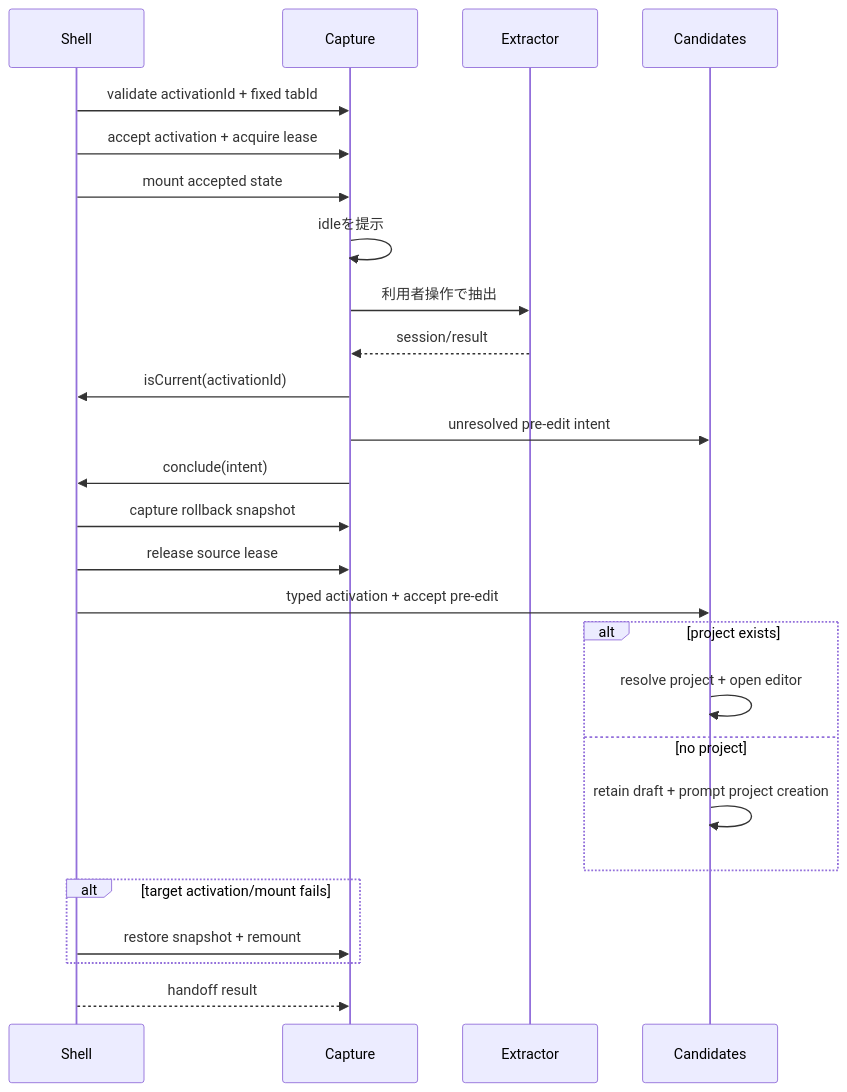
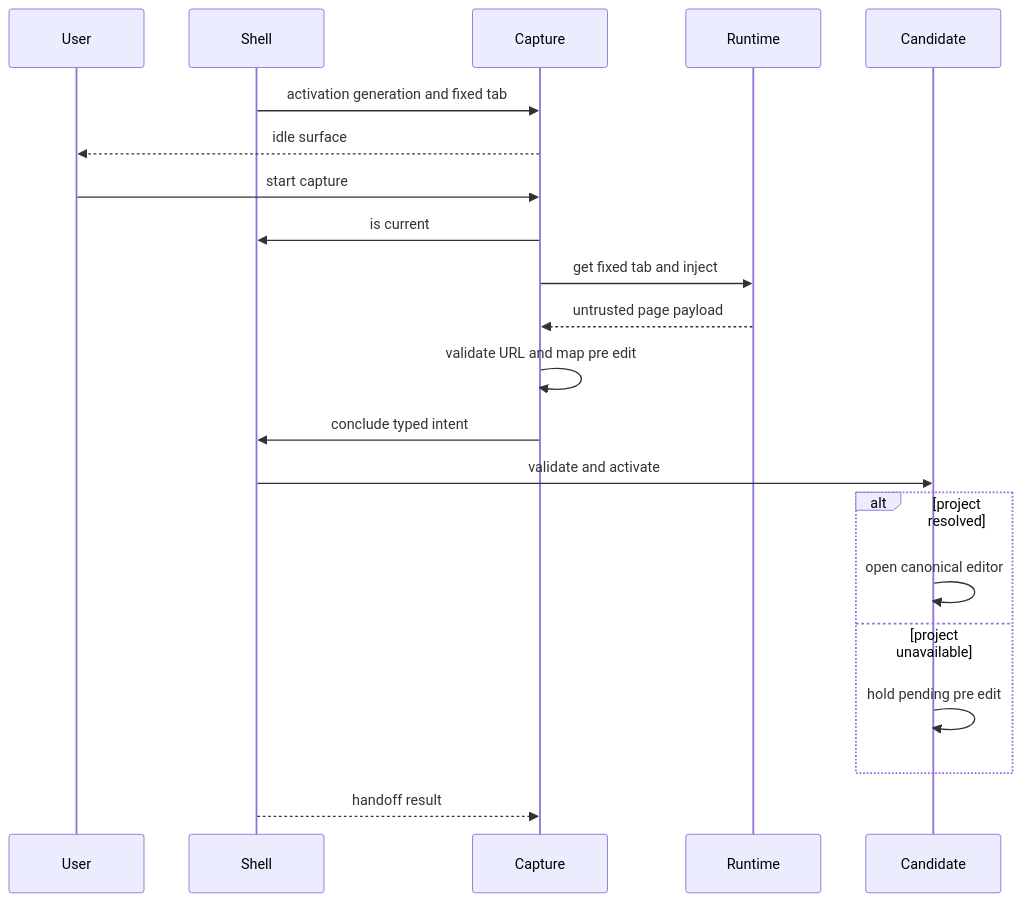
One commit to Huruikagi/pc-build-planner changed the second of 4 diagrams in .kiro/specs/product-capture-transient-migration/design.md. Above: the diagram before and after it, drawn with Mermaid. The commit also changed other lines of this file and 8 other files, not shown here.

````diff
--- a/.kiro/specs/product-capture-transient-migration/design.md
+++ b/.kiro/specs/product-capture-transient-migration/design.md
@@ -99,29 +160,24 @@
 ```mermaid
 sequenceDiagram
+    participant User
     participant Shell
     participant Capture
-    participant Extractor
-    participant Candidates
+    participant Runtime
+    participant Candidate
 
-    Shell->>Capture: validate activationId + fixed tabId
-    Shell->>Capture: accept activation + acquire lease
-    Shell->>Capture: mount accepted state
-    Capture->>Capture: idleを提示
-    Capture->>Extractor: 利用者操作で抽出
-    Extractor-->>Capture: session/result
-    Capture->>Shell: isCurrent(activationId)
-    Capture->>Candidates: unresolved pre-edit intent
-    Capture->>Shell: conclude(intent)
-    Shell->>Capture: capture rollback snapshot
-    Shell->>Capture: release source lease
-    Shell->>Candidates: typed activation + accept pre-edit
-    alt project exists
-        Candidates->>Candidates: resolve project + open editor
-    else no project
-        Candidates->>Candidates: retain draft + prompt project creation
-    end
-    alt target activation/mount fails
-        Shell->>Capture: restore snapshot + remount
+    Shell->>Capture: activation generation and fixed tab
+    Capture-->>User: idle surface
+    User->>Capture: start capture
+    Capture->>Shell: is current
+    Capture->>Runtime: get fixed tab and inject
+    Runtime-->>Capture: untrusted page payload
+    Capture->>Capture: validate URL and map pre edit
+    Capture->>Shell: conclude typed intent
+    Shell->>Candidate: validate and activate
+    alt project resolved
+        Candidate->>Candidate: open canonical editor
+    else project unavailable
+        Candidate->>Candidate: hold pending pre edit
     end
     Shell-->>Capture: handoff result
 ```
````
